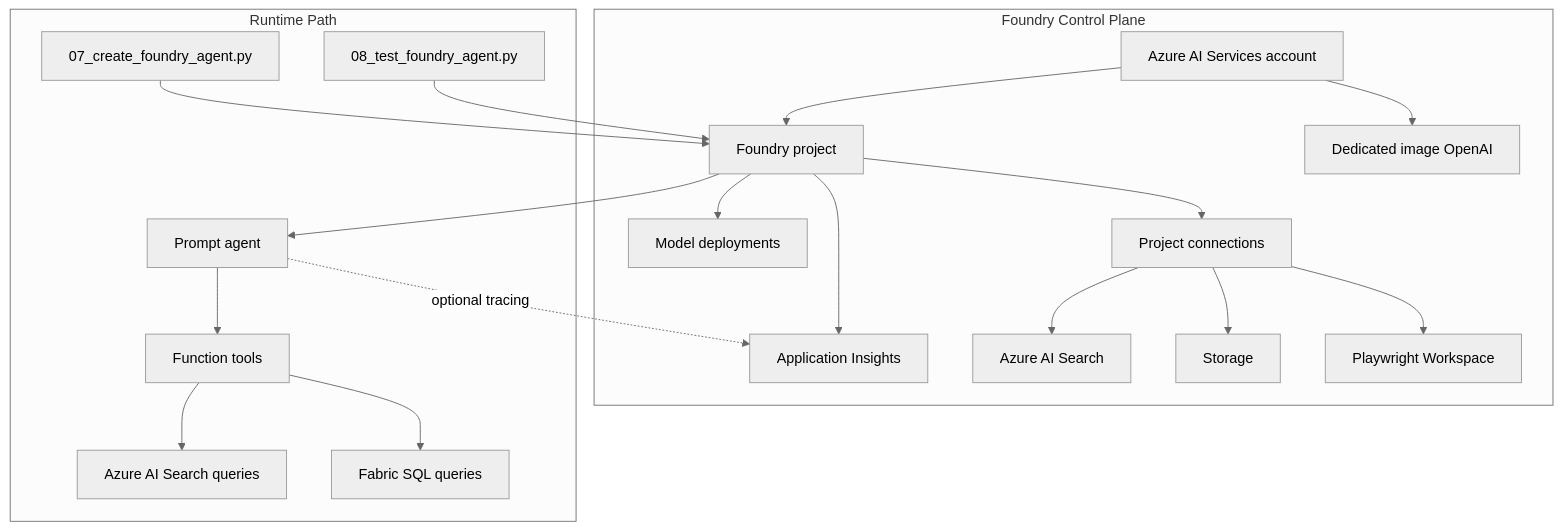
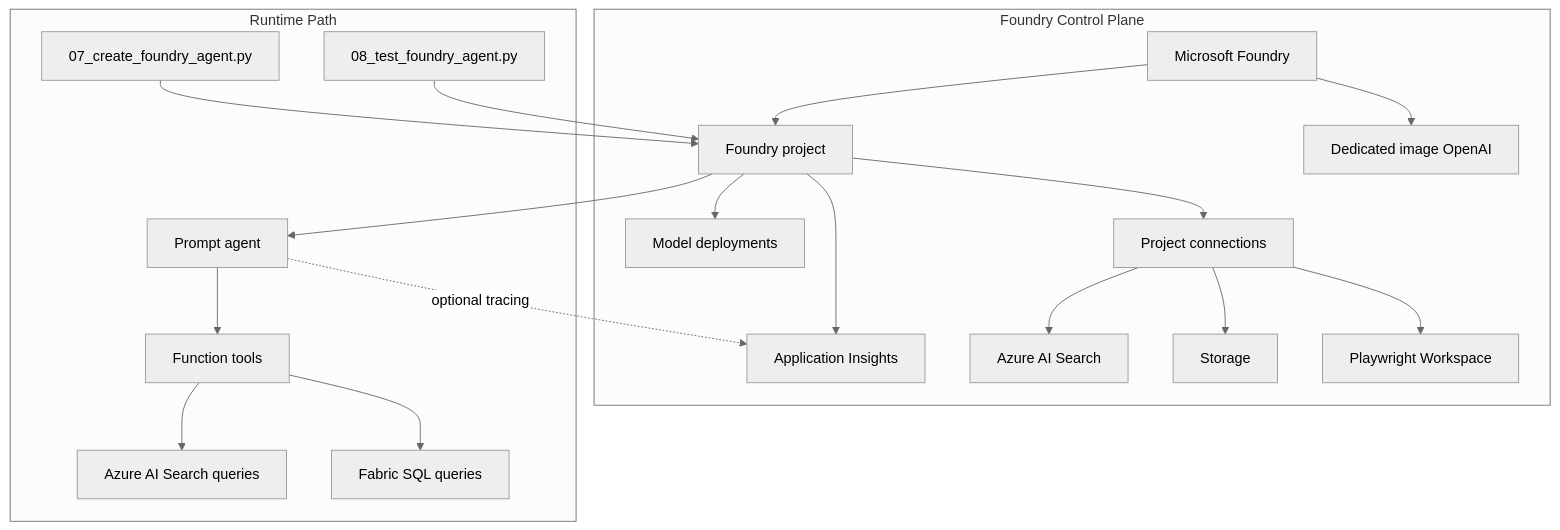
One commit to payton-chou-ms/e2e-ms-foundry-workshop changed the diagram in workshop/docs/03-understand/04-control-plane.md. Above: the diagram before and after it, drawn with Mermaid (neutral theme). The commit also changed other lines of this file and 101 other files, not shown here.

````diff
--- a/workshop/docs/03-understand/04-control-plane.md
+++ b/workshop/docs/03-understand/04-control-plane.md
@@ -22,40 +22,40 @@
 ```mermaid
 flowchart TB
     subgraph ControlPlane[Foundry Control Plane]
-        A[Azure AI Services account]
+        A[Microsoft Foundry]
         B[Foundry project]
         C[Model deployments]
         C2[Dedicated image OpenAI]
         D[Project connections]
         E[Application Insights]
         F[Azure AI Search]
         G[Storage]
         N[Playwright Workspace]
     end
 
     subgraph Runtime[Runtime Path]
         H[07_create_foundry_agent.py]
         I[08_test_foundry_agent.py]
         J[Prompt agent]
         K[Function tools]
         L[Azure AI Search queries]
         M[Fabric SQL queries]
     end
 
     A --> B
     B --> C
     A --> C2
     B --> D
     B --> E
     D --> F
     D --> G
     D --> N
 
     H --> B
     I --> B
     B --> J
     J --> K
     K --> L
     K --> M
     J -. optional tracing .-> E
 ```
````
